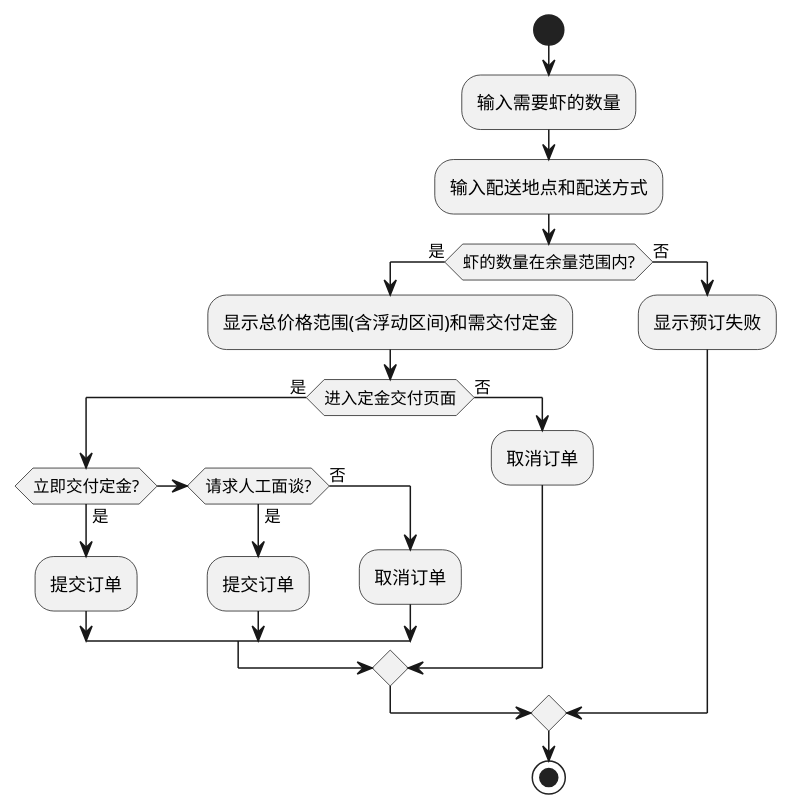
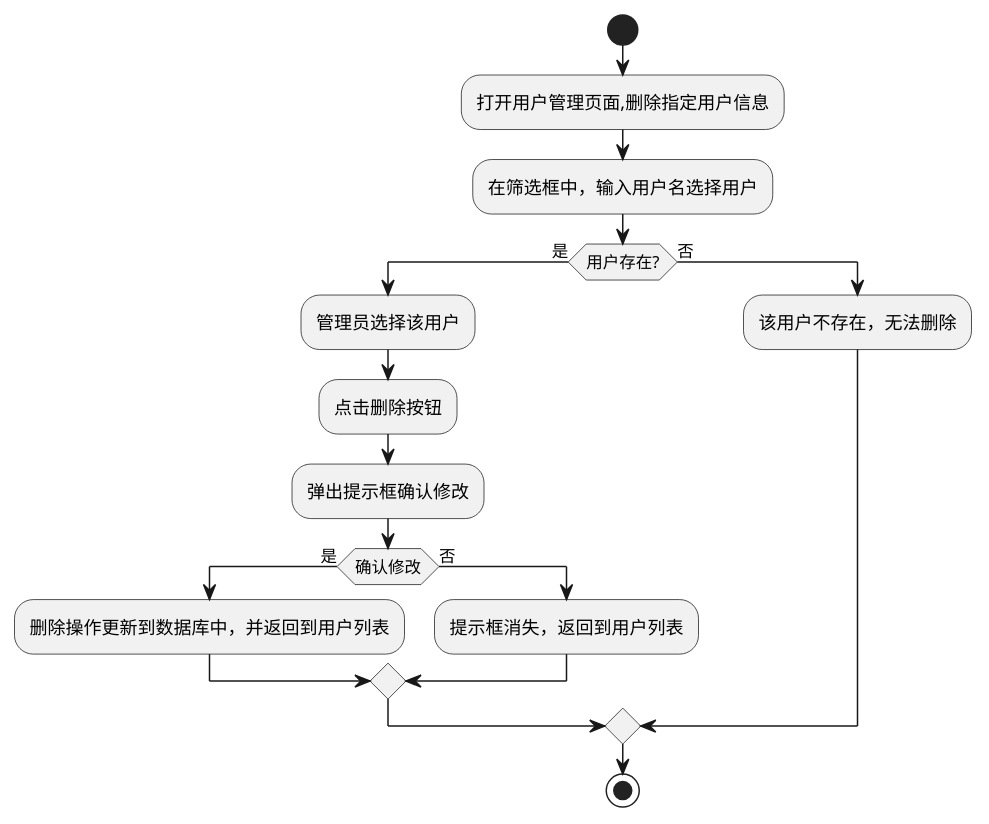
Before and after one commit to wwyf/Waterfall: the diagram in report/misc/figure_src/uc_sub/3_uc_admin_delete_user.puml, drawn with PlantUML. The commit also changed 3 other files, not shown here.

```diff
--- a/report/misc/figure_src/uc_sub/3_uc_admin_delete_user.puml
+++ b/report/misc/figure_src/uc_sub/3_uc_admin_delete_user.puml
@@ -1,24 +1,19 @@
 @startuml
 
 start
-:输入需要虾的数量;
-:输入配送地点和配送方式;
-if (虾的数量在余量范围内?) then (是)
-    :显示总价格范围(含浮动区间)和需交付定金;
-
-    if (进入定金交付页面) then (是)
-        if (立即交付定金?) then (是)
-            :提交订单;
-        elseif (请求人工面谈?) then (是)
-            :提交订单;
-        else (否)
-            :取消订单;
-        endif
-    else (否)
-        :取消订单;
+:打开用户管理页面,删除指定用户信息;
+:在筛选框中，输入用户名选择用户;
+if (用户存在?) then (是)
+    :管理员选择该用户;
+    :点击删除按钮;
+    :弹出提示框确认修改;
+    if (确认修改) then (是)
+        :删除操作更新到数据库中，并返回到用户列表;
+    else (否);
+        :提示框消失，返回到用户列表;
     endif
 else (否)
-    :显示预订失败;
+    :该用户不存在，无法删除;
 endif
 stop
 @enduml
```
